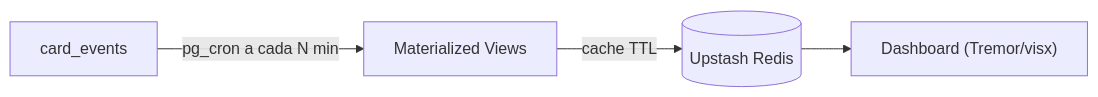
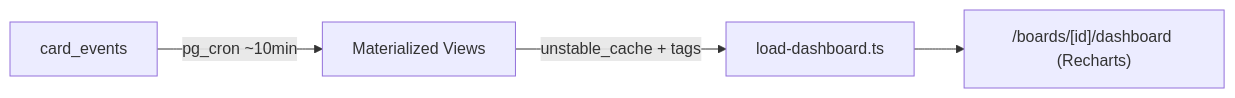
The diagram in docs/30-data/analytics-model.md (jeannascimento-avstecnologia/Planner), drawn with Mermaid before and after one commit. The commit also changed other lines of this file and 214 other files, not shown here.

````diff
--- a/docs/30-data/analytics-model.md
+++ b/docs/30-data/analytics-model.md
@@ -18,6 +16,6 @@
 ```mermaid
 flowchart LR
-  ev["card_events"] -->|"pg_cron a cada N min"| mv["Materialized Views"]
-  mv -->|"cache TTL"| redis[("Upstash Redis")]
-  redis --> dash["Dashboard (Tremor/visx)"]
+  ev["card_events"] -->|"pg_cron ~10min"| mv["Materialized Views"]
+  mv -->|"unstable_cache + tags"| loader["load-dashboard.ts"]
+  loader --> dash["/boards/[id]/dashboard (Recharts)"]
 ```
````
